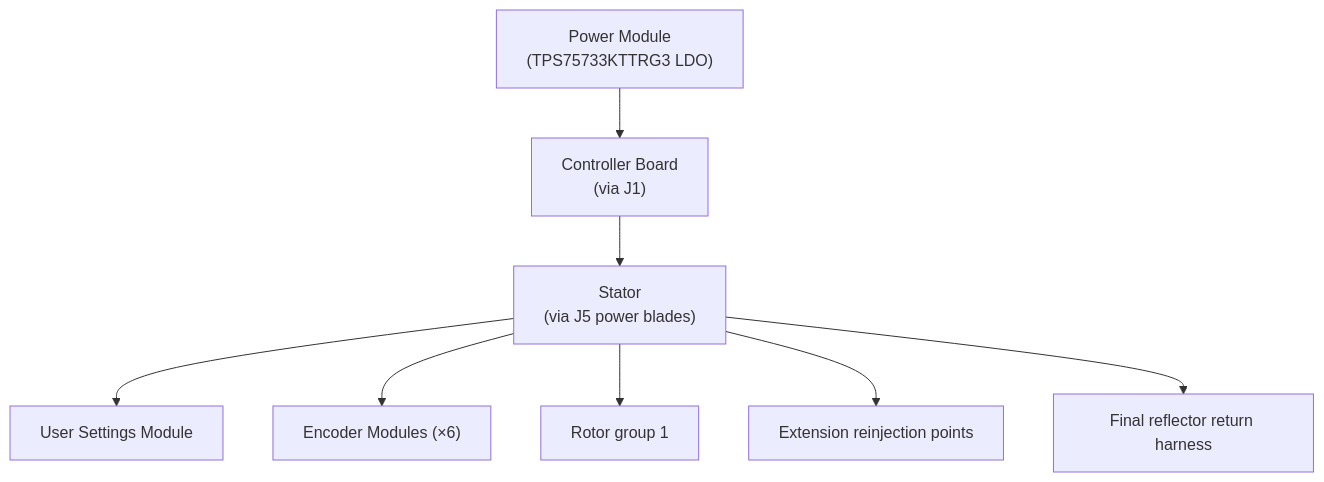
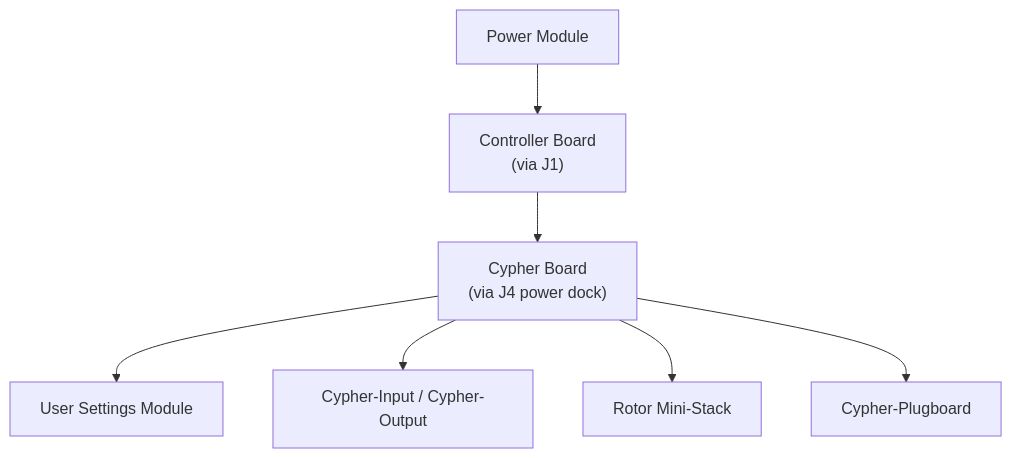
The second of 3 diagrams in design/Electronics/System_Architecture.md (thepinkmile/Enigma-NG), drawn with Mermaid before and after one commit. The commit also changed other lines of this file, not shown here.

First line of the commit message:
Updates to System Architecture after Cypher system updates.

````diff
--- a/design/Electronics/System_Architecture.md
+++ b/design/Electronics/System_Architecture.md
@@ -161,18 +161,16 @@
 ```mermaid
 flowchart TD
-    PM["Power Module<br>(TPS75733KTTRG3 LDO)"]
+    PM["Power Module"]
     CTL["Controller Board<br>(via J1)"]
-    STA["Stator<br>(via J5 power blades)"]
+    CYP["Cypher Board<br>(via J4 power dock)"]
     USM["User Settings Module"]
-    ENC["Encoder Modules (×6)"]
-    RG1["Rotor group 1"]
-    EXT["Extension reinjection points"]
-    REF["Final reflector return harness"]
+    HID["Cypher-Input / Cypher-Output"]
+    MSTACK["Rotor Mini-Stack"]
+    PLUG["Cypher-Plugboard"]
 
-    PM --> CTL --> STA
-    STA --> USM
-    STA --> ENC
-    STA --> RG1
-    STA --> EXT
-    STA --> REF
+    PM --> CTL --> CYP
+    CYP --> USM
+    CYP --> HID
+    CYP --> MSTACK
+    CYP --> PLUG
 ```
````
